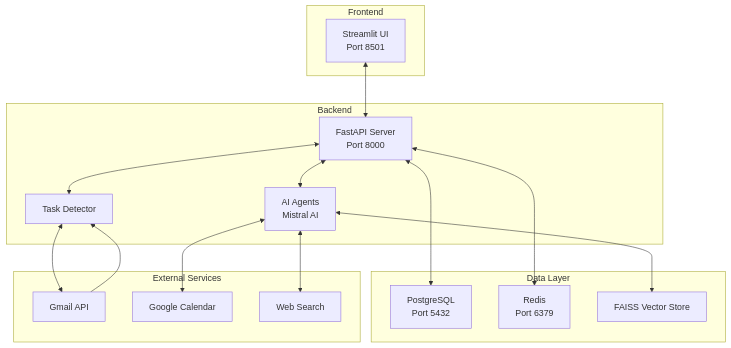
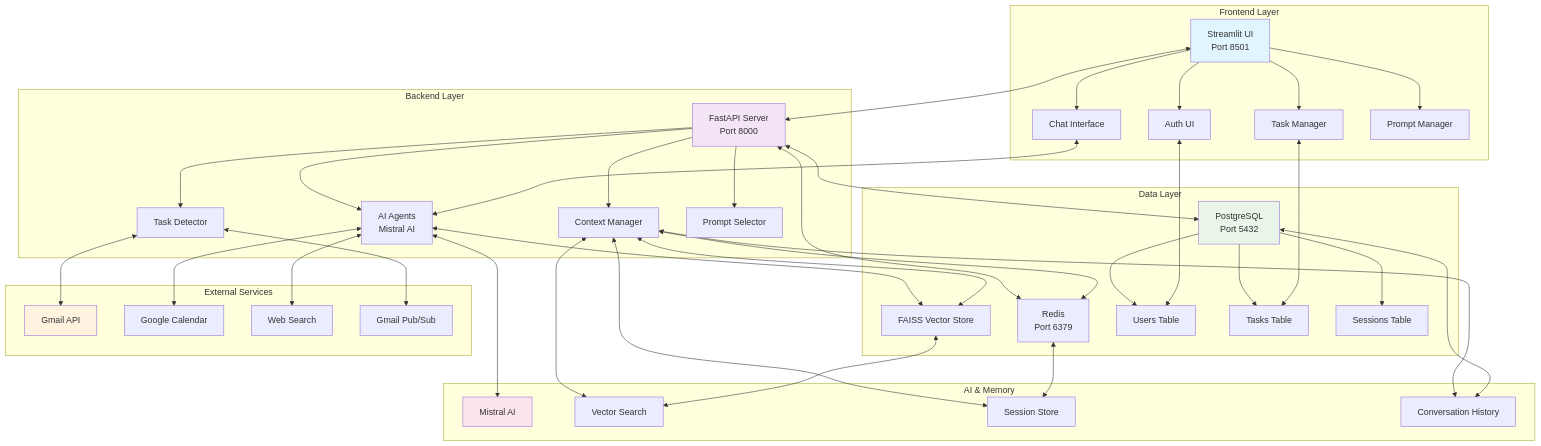
The first of 7 diagrams in README.md (ThibautHurson/AssistantToTheRegionalManager), drawn with Mermaid before and after one commit. The commit also changed other lines of this file, not shown here.

Commit message:
readme enhanced

````diff
--- a/README.md
+++ b/README.md
@@ -47,35 +28,90 @@
 ```mermaid
 graph TB
-    subgraph "Frontend"
+    subgraph "Frontend Layer"
         A[Streamlit UI<br/>Port 8501]
+        A1[Chat Interface]
+        A2[Task Manager]
+        A3[Auth UI]
+        A4[Prompt Manager]
+        A --> A1
+        A --> A2
+        A --> A3
+        A --> A4
     end
     
-    subgraph "Backend"
+    subgraph "Backend Layer"
         B[FastAPI Server<br/>Port 8000]
         C[AI Agents<br/>Mistral AI]
         D[Task Detector]
+        E[Context Manager]
+        F[Prompt Selector]
+        
+        B --> C
+        B --> D
+        B --> E
+        B --> F
     end
     
     subgraph "Data Layer"
-        E[PostgreSQL<br/>Port 5432]
-        F[Redis<br/>Port 6379]
-        G[FAISS Vector Store]
+        G[PostgreSQL<br/>Port 5432]
+        H[Redis<br/>Port 6379]
+        I[FAISS Vector Store]
+        
+        G1[Users Table]
+        G2[Tasks Table]
+        G3[Sessions Table]
+        G --> G1
+        G --> G2
+        G --> G3
     end
     
     subgraph "External Services"
-        H[Gmail API]
-        I[Google Calendar]
-        J[Web Search]
+        J[Gmail API]
+        K[Google Calendar]
+        L[Web Search]
+        M[Gmail Pub/Sub]
     end
     
+    subgraph "AI & Memory"
+        N[Mistral AI]
+        O[Vector Search]
+        P[Session Store]
+        Q[Conversation History]
+    end
+    
+    %% Frontend to Backend
     A <--> B
-    B <--> C
-    B <--> D
-    B <--> E
-    B <--> F
-    C <--> G
-    D <--> H
+    A1 <--> C
+    A2 <--> G2
+    A3 <--> G1
+    
+    %% Backend to Data
+    B <--> G
+    B <--> H
     C <--> I
-    C <--> J
-    H --> D
+    E <--> H
+    E <--> I
+    
+    %% External Integrations
+    D <--> J
+    D <--> M
+    C <--> K
+    C <--> L
+    
+    %% AI & Memory Connections
+    C <--> N
+    E <--> O
+    E <--> P
+    E <--> Q
+    
+    %% Data Flow
+    H <--> P
+    I <--> O
+    G <--> Q
+    
+    style A fill:#e1f5fe
+    style B fill:#f3e5f5
+    style G fill:#e8f5e8
+    style J fill:#fff3e0
+    style N fill:#fce4ec
 ```
````
